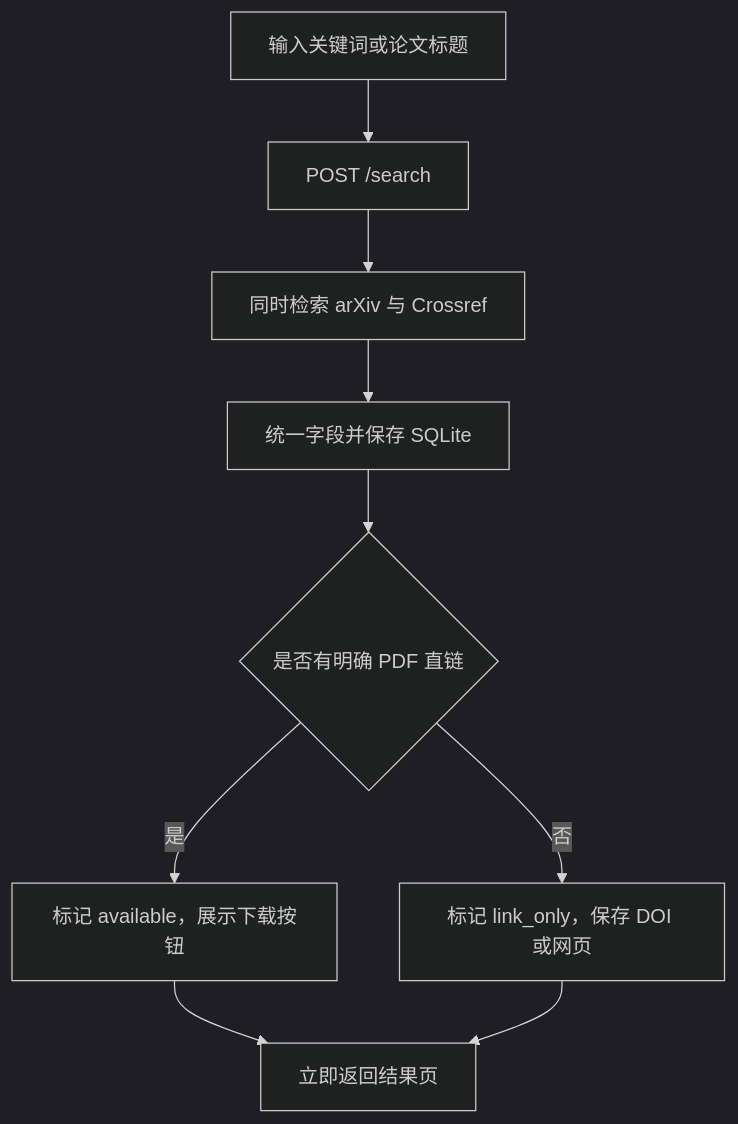
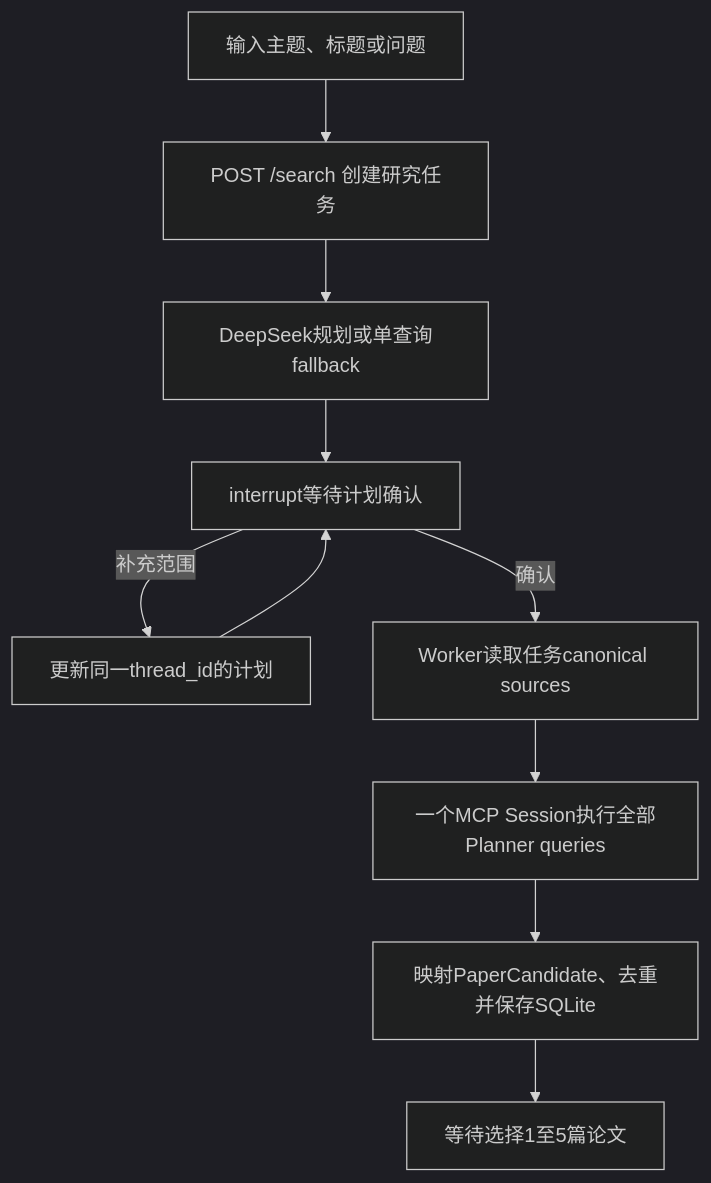
Before and after one commit to a18743530603/Paper-search: the second of 5 diagrams in PROJECT_OVERVIEW.md, drawn with Mermaid (dark theme). The commit also changed other lines of this file and 44 other files, not shown here.

````diff
--- a/PROJECT_OVERVIEW.md
+++ b/PROJECT_OVERVIEW.md
@@ -81,11 +83,12 @@
 ```mermaid
 flowchart TD
-    A[输入关键词或论文标题] --> B[POST /search]
-    B --> C[同时检索 arXiv 与 Crossref]
-    C --> D[统一字段并保存 SQLite]
-    D --> E{是否有明确 PDF 直链}
-    E -->|是| F[标记 available，展示下载按钮]
-    E -->|否| G[标记 link_only，保存 DOI 或网页]
-    F --> H[立即返回结果页]
-    G --> H
+    A[输入主题、标题或问题] --> B[POST /search 创建研究任务]
+    B --> C[DeepSeek规划或单查询fallback]
+    C --> D[interrupt等待计划确认]
+    D -->|补充范围| E[更新同一thread_id的计划]
+    E --> D
+    D -->|确认| F[Worker读取任务canonical sources]
+    F --> I[一个MCP Session执行全部Planner queries]
+    I --> G[映射PaperCandidate、去重并保存SQLite]
+    G --> H[等待选择1至5篇论文]
 ```
````
